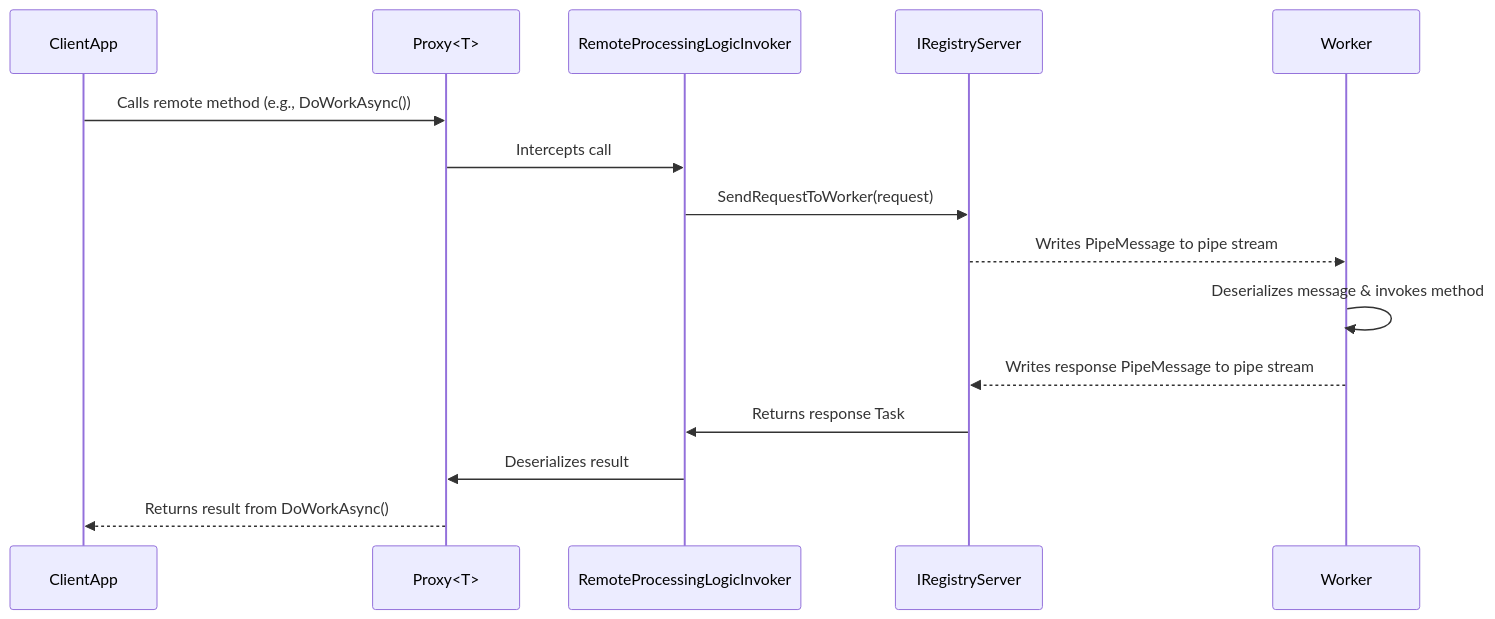
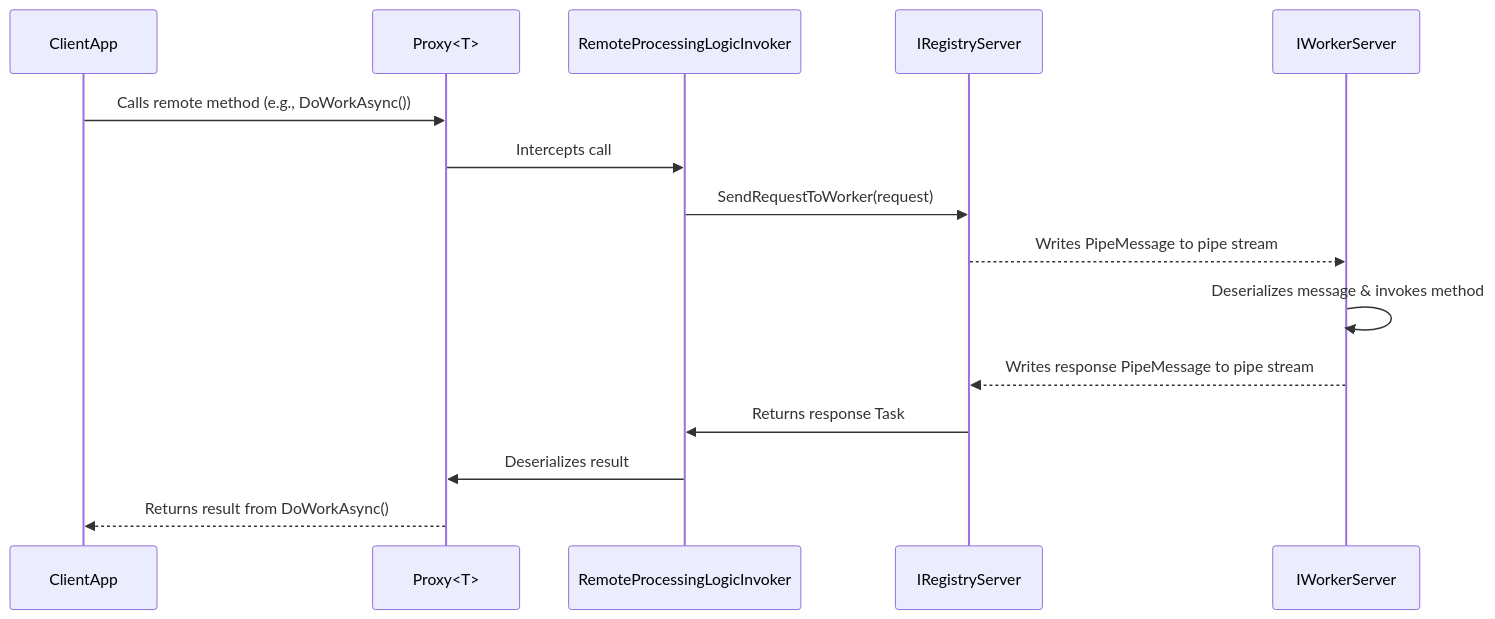
The diagram in README.md (DKorablin/NamedPipesProxy), drawn with Mermaid before and after one commit.

Commit message:
README.md: Diagram clarification

````diff
--- a/README.md
+++ b/README.md
@@ -42,18 +42,18 @@
 ```mermaid
 sequenceDiagram
 	participant ClientApp
 	participant Proxy as Proxy<T>
 	participant Invoker as RemoteProcessingLogicInvoker
 	participant Server as IRegistryServer
-	participant Worker
+	participant Worker as IWorkerServer
 
 	ClientApp->>Proxy: Calls remote method (e.g., DoWorkAsync())
 	Proxy->>Invoker: Intercepts call
 	Invoker->>Server: SendRequestToWorker(request)
 	Server-->>Worker: Writes PipeMessage to pipe stream
 	Worker->>Worker: Deserializes message & invokes method
 	Worker-->>Server: Writes response PipeMessage to pipe stream
 	Server->>Invoker: Returns response Task
 	Invoker->>Proxy: Deserializes result
 	Proxy-->>ClientApp: Returns result from DoWorkAsync()
 ```
````
